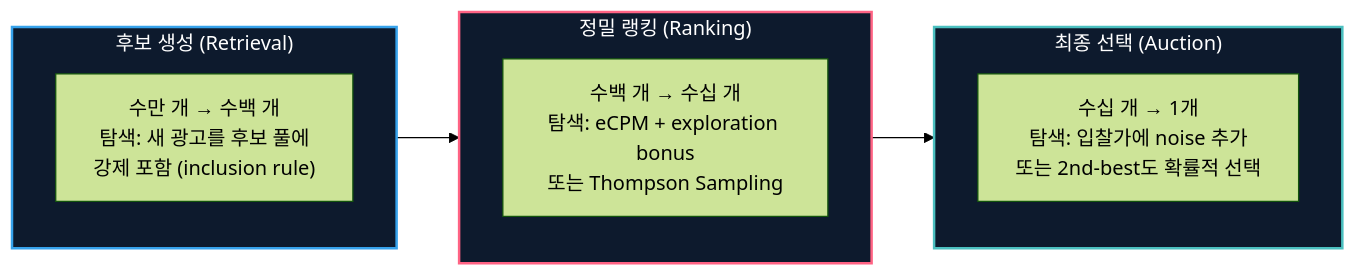
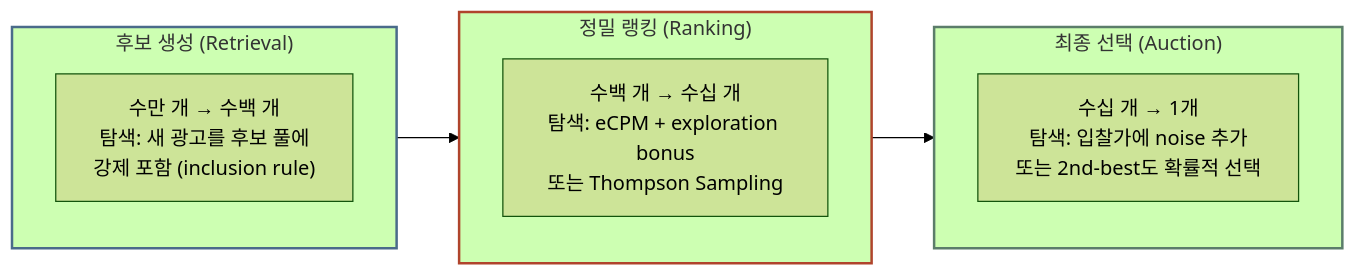
The fifth of 5 diagrams in posts/exploration-exploitation.md (chkimsu/adtech-blog), drawn with Mermaid (forest theme) before and after one commit. The commit also changed other lines of this file and 40 other files, not shown here.

````diff
--- a/posts/exploration-exploitation.md
+++ b/posts/exploration-exploitation.md
@@ -595,20 +595,20 @@
 ```mermaid
 graph LR
     subgraph Stage1["후보 생성 (Retrieval)"]
         S1["수만 개 → 수백 개<br/>탐색: 새 광고를 후보 풀에<br/>강제 포함 (inclusion rule)"]
     end
 
     subgraph Stage2["정밀 랭킹 (Ranking)"]
         S2["수백 개 → 수십 개<br/>탐색: eCPM + exploration bonus<br/>또는 Thompson Sampling"]
     end
 
     subgraph Stage3["최종 선택 (Auction)"]
         S3["수십 개 → 1개<br/>탐색: 입찰가에 noise 추가<br/>또는 2nd-best도 확률적 선택"]
     end
 
     Stage1 --> Stage2 --> Stage3
 
-    style Stage1 fill:#0d1a2d,stroke:#36a2eb,stroke-width:2px,color:#fff
-    style Stage2 fill:#0d1a2d,stroke:#ff6384,stroke-width:2px,color:#fff
-    style Stage3 fill:#0d1a2d,stroke:#4bc0c0,stroke-width:2px,color:#fff
+    style Stage1 stroke:#4a6b8a,stroke-width:2px
+    style Stage2 stroke:#b0442c,stroke-width:2px
+    style Stage3 stroke:#5b7d6a,stroke-width:2px
 ```
````
